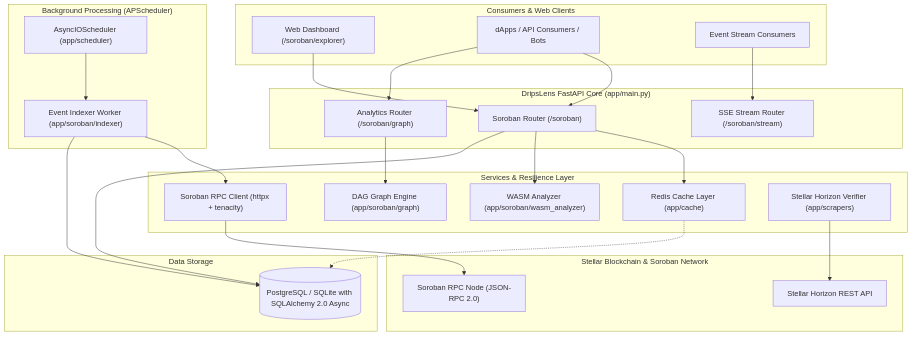
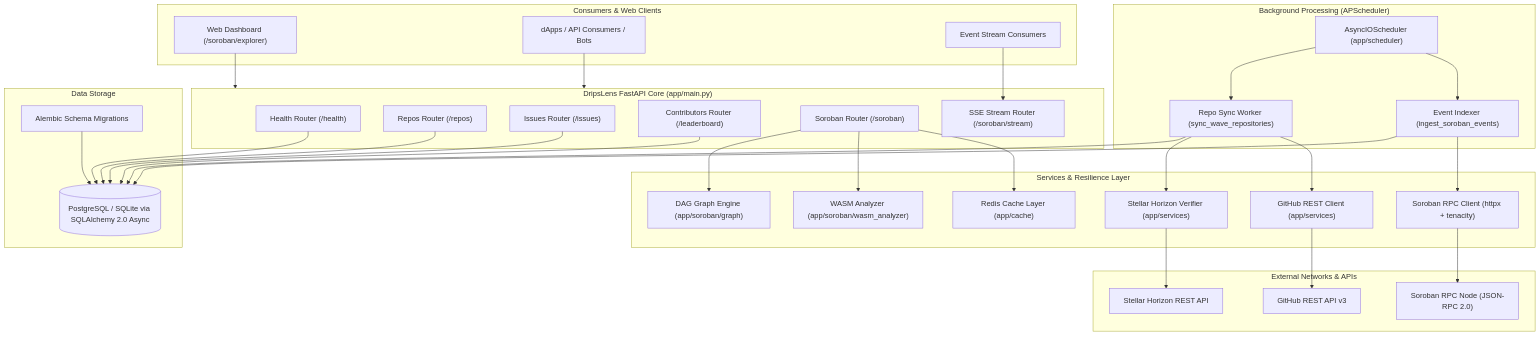
Before and after one commit to HassanKorey/DripsLens: the diagram in README.md, drawn with Mermaid. The commit also changed other lines of this file and 1 other file, not shown here.

````diff
--- a/README.md
+++ b/README.md
@@ -55,58 +43,72 @@
 ```mermaid
 flowchart TD
     subgraph Clients["Consumers & Web Clients"]
         UI["Web Dashboard (/soroban/explorer)"]
         Consumer["dApps / API Consumers / Bots"]
         SSEClient["Event Stream Consumers"]
     end
 
     subgraph FastAPILayer["DripsLens FastAPI Core (app/main.py)"]
+        RouterHealth["Health Router (/health)"]
+        RouterRepos["Repos Router (/repos)"]
+        RouterIssues["Issues Router (/issues)"]
+        RouterContrib["Contributors Router (/leaderboard)"]
         RouterSoroban["Soroban Router (/soroban)"]
-        RouterAnalytics["Analytics Router (/soroban/graph)"]
         RouterStream["SSE Stream Router (/soroban/stream)"]
     end
 
-    subgraph CacheAndServices["Services & Resilience Layer"]
+    subgraph Services["Services & Resilience Layer"]
         RedisCache["Redis Cache Layer (app/cache)"]
         WasmAnalyzer["WASM Analyzer (app/soroban/wasm_analyzer)"]
         GraphEngine["DAG Graph Engine (app/soroban/graph)"]
         RPCClient["Soroban RPC Client (httpx + tenacity)"]
-        HorizonClient["Stellar Horizon Verifier (app/scrapers)"]
+        HorizonClient["Stellar Horizon Verifier (app/services)"]
+        GitHubClient["GitHub REST Client (app/services)"]
     end
 
     subgraph BackgroundWorkers["Background Processing (APScheduler)"]
         Scheduler["AsyncIOScheduler (app/scheduler)"]
-        Indexer["Event Indexer Worker (app/soroban/indexer)"]
+        EventIndexer["Event Indexer (ingest_soroban_events)"]
+        RepoSync["Repo Sync Worker (sync_wave_repositories)"]
     end
 
     subgraph DataStorage["Data Storage"]
-        DB[(PostgreSQL / SQLite with SQLAlchemy 2.0 Async)]
+        DB[(PostgreSQL / SQLite via SQLAlchemy 2.0 Async)]
+        Alembic["Alembic Schema Migrations"]
     end
 
-    subgraph StellarEcosystem["Stellar Blockchain & Soroban Network"]
+    subgraph ExternalEcosystem["External Networks & APIs"]
         SorobanNode["Soroban RPC Node (JSON-RPC 2.0)"]
         HorizonNode["Stellar Horizon REST API"]
+        GitHubAPI["GitHub REST API v3"]
     end
 
     %% Client Interactions
-    UI --> RouterSoroban
-    Consumer --> RouterSoroban
-    Consumer --> RouterAnalytics
+    UI --> FastAPILayer
+    Consumer --> FastAPILayer
     SSEClient --> RouterStream
 
     %% Router to Services
     RouterSoroban --> RedisCache
     RouterSoroban --> WasmAnalyzer
-    RouterAnalytics --> GraphEngine
-    RouterSoroban --> DB
-    RedisCache -.-> DB
+    RouterSoroban --> GraphEngine
+    RouterRepos --> DB
+    RouterIssues --> DB
+    RouterContrib --> DB
+    RouterHealth --> DB
 
-    %% Background Engine Interactions
-    Scheduler --> Indexer
-    Indexer --> RPCClient
-    Indexer --> DB
+    %% Workers & Services
+    Scheduler --> EventIndexer
+    Scheduler --> RepoSync
+    EventIndexer --> RPCClient
+    RepoSync --> GitHubClient
+    RepoSync --> HorizonClient
+    EventIndexer --> DB
+    RepoSync --> DB
+    Alembic --> DB
 
-    %% External Blockchain Integrations
+    %% External Connections
     RPCClient --> SorobanNode
     HorizonClient --> HorizonNode
+    GitHubClient --> GitHubAPI
 ```
````
